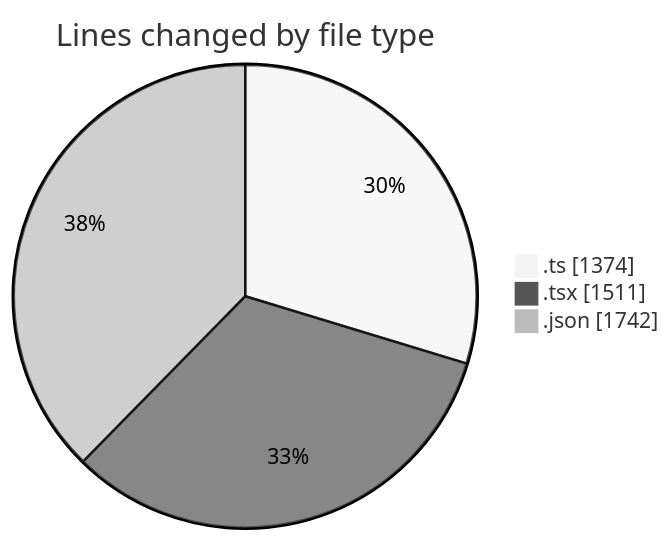
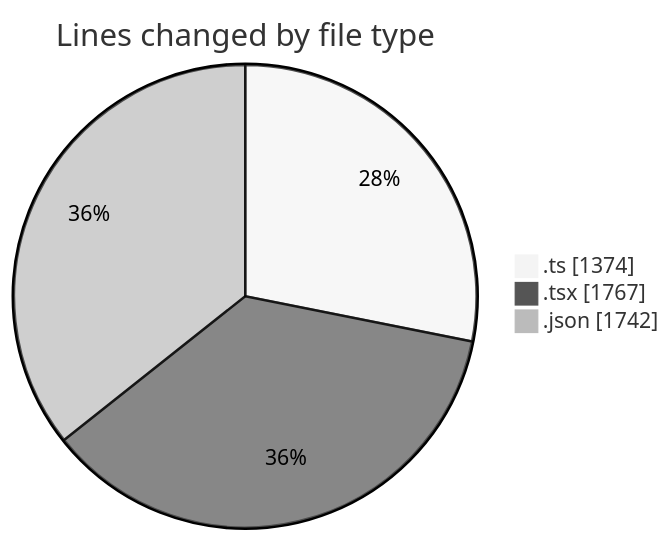
Before and after one commit to julien-gomy/code-tracking: the first of 2 diagrams in 2025-10-23/eventscop-frontend-guide__workspace_/README.md, drawn with Mermaid (neutral theme). The commit also changed other lines of this file and 1 other file, not shown here.

````diff
--- a/2025-10-23/eventscop-frontend-guide__workspace_/README.md
+++ b/2025-10-23/eventscop-frontend-guide__workspace_/README.md
@@ -33,7 +33,7 @@
 ```mermaid
 pie showData
 title Lines changed by file type
 ".ts" : 1374
-".tsx" : 1511
+".tsx" : 1767
 ".json" : 1742
 ```
````
